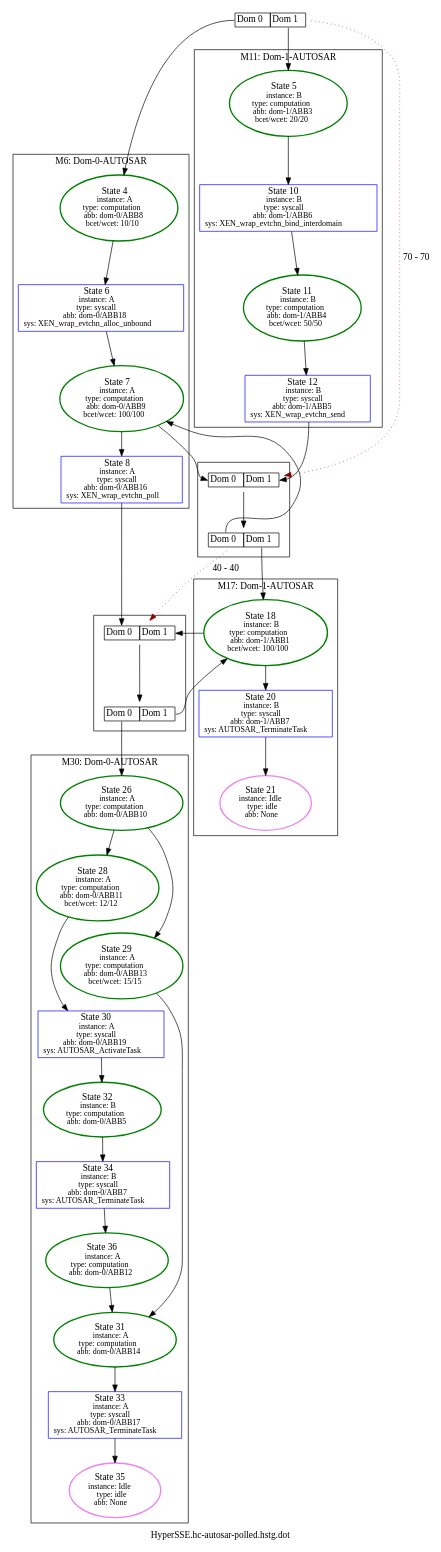
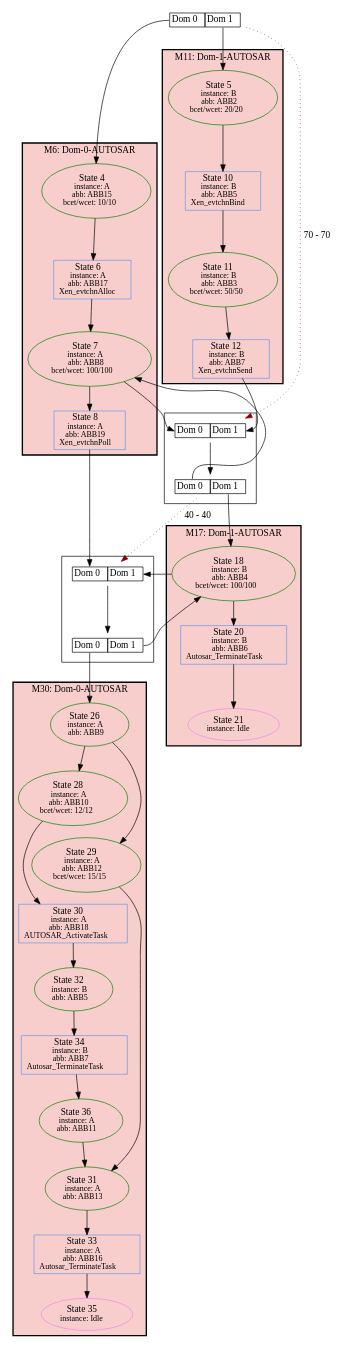
One commit to luhsra/ara changed the diagram in appl/Xen/hc-autosar-polled/HyperSSE.hc-autosar-polled.hstg.dot. Above: the diagram before and after it, drawn with Graphviz. The commit also changed 15 other files, not shown here.

```diff
--- a/appl/Xen/hc-autosar-polled/HyperSSE.hc-autosar-polled.hstg.dot
+++ b/appl/Xen/hc-autosar-polled/HyperSSE.hc-autosar-polled.hstg.dot
@@ -1,85 +1,93 @@
 digraph G {
-label="HyperSSE.hc-autosar-polled.hstg.dot";
+label="";
 1 [label=<<TABLE BORDER="0" CELLBORDER="1" CELLSPACING="0"><TR><TD PORT="c0">Dom 0</TD><TD PORT="c1">Dom 1</TD></TR></TABLE>>, shape=plaintext, tooltip=1];
 subgraph cluster_6 {
+bgcolor="#F8CECC";
 label="M6: Dom-0-AUTOSAR";
-2 [color=green, fontsize=14, label=<State 4<br/><font point-size='12'>instance: A<br/>type: computation<br/>abb: dom-0/ABB8<br/>bcet/wcet: 10/10</font>>, style=bold, tooltip=2];
-3 [color=blue, fontsize=14, label=<State 6<br/><font point-size='12'>instance: A<br/>type: syscall<br/>abb: dom-0/ABB18<br/>sys: XEN_wrap_evtchn_alloc_unbound</font>>, shape=box, tooltip=3];
-4 [color=green, fontsize=14, label=<State 7<br/><font point-size='12'>instance: A<br/>type: computation<br/>abb: dom-0/ABB9<br/>bcet/wcet: 100/100</font>>, style=bold, tooltip=4];
-5 [color=blue, fontsize=14, label=<State 8<br/><font point-size='12'>instance: A<br/>type: syscall<br/>abb: dom-0/ABB16<br/>sys: XEN_wrap_evtchn_poll</font>>, shape=box, tooltip=5];
+style=bold;
+2 [color=green, fontsize=14, label=<State 4<br/><font point-size='12'>instance: A<br/>abb: ABB15<br/>bcet/wcet: 10/10</font>>, style=solid, tooltip=2];
+3 [color=cornflowerblue, fontsize=14, label=<State 6<br/><font point-size='12'>instance: A<br/>abb: ABB17<br/>Xen_evtchnAlloc</font>>, shape=box, tooltip=3];
+4 [color=green, fontsize=14, label=<State 7<br/><font point-size='12'>instance: A<br/>abb: ABB8<br/>bcet/wcet: 100/100</font>>, style=solid, tooltip=4];
+5 [color=cornflowerblue, fontsize=14, label=<State 8<br/><font point-size='12'>instance: A<br/>abb: ABB19<br/>Xen_evtchnPoll</font>>, shape=box, tooltip=5];
 }
 
 subgraph cluster_11 {
+bgcolor="#F8CECC";
 label="M11: Dom-1-AUTOSAR";
-8 [color=blue, fontsize=14, label=<State 10<br/><font point-size='12'>instance: B<br/>type: syscall<br/>abb: dom-1/ABB6<br/>sys: XEN_wrap_evtchn_bind_interdomain</font>>, shape=box, tooltip=8];
-9 [color=green, fontsize=14, label=<State 11<br/><font point-size='12'>instance: B<br/>type: computation<br/>abb: dom-1/ABB4<br/>bcet/wcet: 50/50</font>>, style=bold, tooltip=9];
-10 [color=blue, fontsize=14, label=<State 12<br/><font point-size='12'>instance: B<br/>type: syscall<br/>abb: dom-1/ABB5<br/>sys: XEN_wrap_evtchn_send</font>>, shape=box, tooltip=10];
-7 [color=green, fontsize=14, label=<State 5<br/><font point-size='12'>instance: B<br/>type: computation<br/>abb: dom-1/ABB3<br/>bcet/wcet: 20/20</font>>, style=bold, tooltip=7];
+style=bold;
+8 [color=cornflowerblue, fontsize=14, label=<State 10<br/><font point-size='12'>instance: B<br/>abb: ABB5<br/>Xen_evtchnBind</font>>, shape=box, tooltip=8];
+9 [color=green, fontsize=14, label=<State 11<br/><font point-size='12'>instance: B<br/>abb: ABB3<br/>bcet/wcet: 50/50</font>>, style=solid, tooltip=9];
+10 [color=cornflowerblue, fontsize=14, label=<State 12<br/><font point-size='12'>instance: B<br/>abb: ABB7<br/>Xen_evtchnSend</font>>, shape=box, tooltip=10];
+7 [color=green, fontsize=14, label=<State 5<br/><font point-size='12'>instance: B<br/>abb: ABB2<br/>bcet/wcet: 20/20</font>>, style=solid, tooltip=7];
 }
 
 subgraph cluster_17 {
+bgcolor="#F8CECC";
 label="M17: Dom-1-AUTOSAR";
-16 [color=violet, fontsize=14, label=<State 21<br/><font point-size='12'>instance: Idle<br/>type: idle<br/>abb: None</font>>, style=bold, tooltip=16];
-14 [color=green, fontsize=14, label=<State 18<br/><font point-size='12'>instance: B<br/>type: computation<br/>abb: dom-1/ABB1<br/>bcet/wcet: 100/100</font>>, style=bold, tooltip=14];
-15 [color=blue, fontsize=14, label=<State 20<br/><font point-size='12'>instance: B<br/>type: syscall<br/>abb: dom-1/ABB7<br/>sys: AUTOSAR_TerminateTask</font>>, shape=box, tooltip=15];
+style=bold;
+16 [color=violet, fontsize=14, label=<State 21<br/><font point-size='12'>instance: Idle</font>>, style=solid, tooltip=16];
+14 [color=green, fontsize=14, label=<State 18<br/><font point-size='12'>instance: B<br/>abb: ABB4<br/>bcet/wcet: 100/100</font>>, style=solid, tooltip=14];
+15 [color=cornflowerblue, fontsize=14, label=<State 20<br/><font point-size='12'>instance: B<br/>abb: ABB6<br/>Autosar_TerminateTask</font>>, shape=box, tooltip=15];
 }
 
 subgraph cluster_30 {
+bgcolor="#F8CECC";
 label="M30: Dom-0-AUTOSAR";
-20 [color=green, fontsize=14, label=<State 26<br/><font point-size='12'>instance: A<br/>type: computation<br/>abb: dom-0/ABB10</font>>, style=bold, tooltip=20];
-21 [color=green, fontsize=14, label=<State 28<br/><font point-size='12'>instance: A<br/>type: computation<br/>abb: dom-0/ABB11<br/>bcet/wcet: 12/12</font>>, style=bold, tooltip=21];
-22 [color=green, fontsize=14, label=<State 29<br/><font point-size='12'>instance: A<br/>type: computation<br/>abb: dom-0/ABB13<br/>bcet/wcet: 15/15</font>>, style=bold, tooltip=22];
-23 [color=blue, fontsize=14, label=<State 30<br/><font point-size='12'>instance: A<br/>type: syscall<br/>abb: dom-0/ABB19<br/>sys: AUTOSAR_ActivateTask</font>>, shape=box, tooltip=23];
-24 [color=green, fontsize=14, label=<State 31<br/><font point-size='12'>instance: A<br/>type: computation<br/>abb: dom-0/ABB14</font>>, style=bold, tooltip=24];
-25 [color=green, fontsize=14, label=<State 32<br/><font point-size='12'>instance: B<br/>type: computation<br/>abb: dom-0/ABB5</font>>, style=bold, tooltip=25];
-26 [color=blue, fontsize=14, label=<State 33<br/><font point-size='12'>instance: A<br/>type: syscall<br/>abb: dom-0/ABB17<br/>sys: AUTOSAR_TerminateTask</font>>, shape=box, tooltip=26];
-27 [color=blue, fontsize=14, label=<State 34<br/><font point-size='12'>instance: B<br/>type: syscall<br/>abb: dom-0/ABB7<br/>sys: AUTOSAR_TerminateTask</font>>, shape=box, tooltip=27];
-28 [color=violet, fontsize=14, label=<State 35<br/><font point-size='12'>instance: Idle<br/>type: idle<br/>abb: None</font>>, style=bold, tooltip=28];
-29 [color=green, fontsize=14, label=<State 36<br/><font point-size='12'>instance: A<br/>type: computation<br/>abb: dom-0/ABB12</font>>, style=bold, tooltip=29];
+style=bold;
+20 [color=green, fontsize=14, label=<State 26<br/><font point-size='12'>instance: A<br/>abb: ABB9</font>>, style=solid, tooltip=20];
+21 [color=green, fontsize=14, label=<State 28<br/><font point-size='12'>instance: A<br/>abb: ABB10<br/>bcet/wcet: 12/12</font>>, style=solid, tooltip=21];
+22 [color=green, fontsize=14, label=<State 29<br/><font point-size='12'>instance: A<br/>abb: ABB12<br/>bcet/wcet: 15/15</font>>, style=solid, tooltip=22];
+23 [color=cornflowerblue, fontsize=14, label=<State 30<br/><font point-size='12'>instance: A<br/>abb: ABB18<br/>AUTOSAR_ActivateTask</font>>, shape=box, tooltip=23];
+24 [color=green, fontsize=14, label=<State 31<br/><font point-size='12'>instance: A<br/>abb: ABB13</font>>, style=solid, tooltip=24];
+25 [color=green, fontsize=14, label=<State 32<br/><font point-size='12'>instance: B<br/>abb: ABB5</font>>, style=solid, tooltip=25];
+26 [color=cornflowerblue, fontsize=14, label=<State 33<br/><font point-size='12'>instance: A<br/>abb: ABB16<br/>Autosar_TerminateTask</font>>, shape=box, tooltip=26];
+27 [color=cornflowerblue, fontsize=14, label=<State 34<br/><font point-size='12'>instance: B<br/>abb: ABB7<br/>Autosar_TerminateTask</font>>, shape=box, tooltip=27];
+28 [color=violet, fontsize=14, label=<State 35<br/><font point-size='12'>instance: Idle</font>>, style=solid, tooltip=28];
+29 [color=green, fontsize=14, label=<State 36<br/><font point-size='12'>instance: A<br/>abb: ABB11</font>>, style=solid, tooltip=29];
 }
 
 subgraph cluster_Metasync12 {
 label="";
 12 [label=<<TABLE BORDER="0" CELLBORDER="1" CELLSPACING="0"><TR><TD PORT="c0">Dom 0</TD><TD PORT="c1">Dom 1</TD></TR></TABLE>>, shape=plaintext, tooltip=12];
 13 [label=<<TABLE BORDER="0" CELLBORDER="1" CELLSPACING="0"><TR><TD PORT="c0">Dom 0</TD><TD PORT="c1">Dom 1</TD></TR></TABLE>>, shape=plaintext, tooltip=13];
 }
 
 subgraph cluster_Metasync18 {
 label="";
 18 [label=<<TABLE BORDER="0" CELLBORDER="1" CELLSPACING="0"><TR><TD PORT="c0">Dom 0</TD><TD PORT="c1">Dom 1</TD></TR></TABLE>>, shape=plaintext, tooltip=18];
 19 [label=<<TABLE BORDER="0" CELLBORDER="1" CELLSPACING="0"><TR><TD PORT="c0">Dom 0</TD><TD PORT="c1">Dom 1</TD></TR></TABLE>>, shape=plaintext, tooltip=19];
 }
 
 1:c0 -> 2  [color=black];
 1:c1 -> 7  [color=black];
 1 -> 12  [color=darkred, label="70 - 70", style=dotted];
 2 -> 3  [color=black];
 3 -> 4  [color=black];
 4 -> 5  [color=black];
 4 -> 12:c0  [color=black];
 5 -> 18:c0  [color=black];
 7 -> 8  [color=black];
 8 -> 9  [color=black];
 9 -> 10  [color=black];
 10 -> 12:c1  [color=black];
 12 -> 13  [color=black];
 13:c1 -> 14  [color=black];
 13:c0 -> 4  [color=black];
 13 -> 18  [color=darkred, label="40 - 40", style=dotted];
 14 -> 15  [color=black];
 14 -> 18:c1  [color=black];
 15 -> 16  [color=black];
 18 -> 19  [color=black];
 19:c0 -> 20  [color=black];
 19:c1 -> 14  [color=black];
 20 -> 21  [color=black];
 20 -> 22  [color=black];
 21 -> 23  [color=black];
 22 -> 24  [color=black];
 23 -> 25  [color=black];
 24 -> 26  [color=black];
 25 -> 27  [color=black];
 26 -> 28  [color=black];
 27 -> 29  [color=black];
 29 -> 24  [color=black];
 }
```
